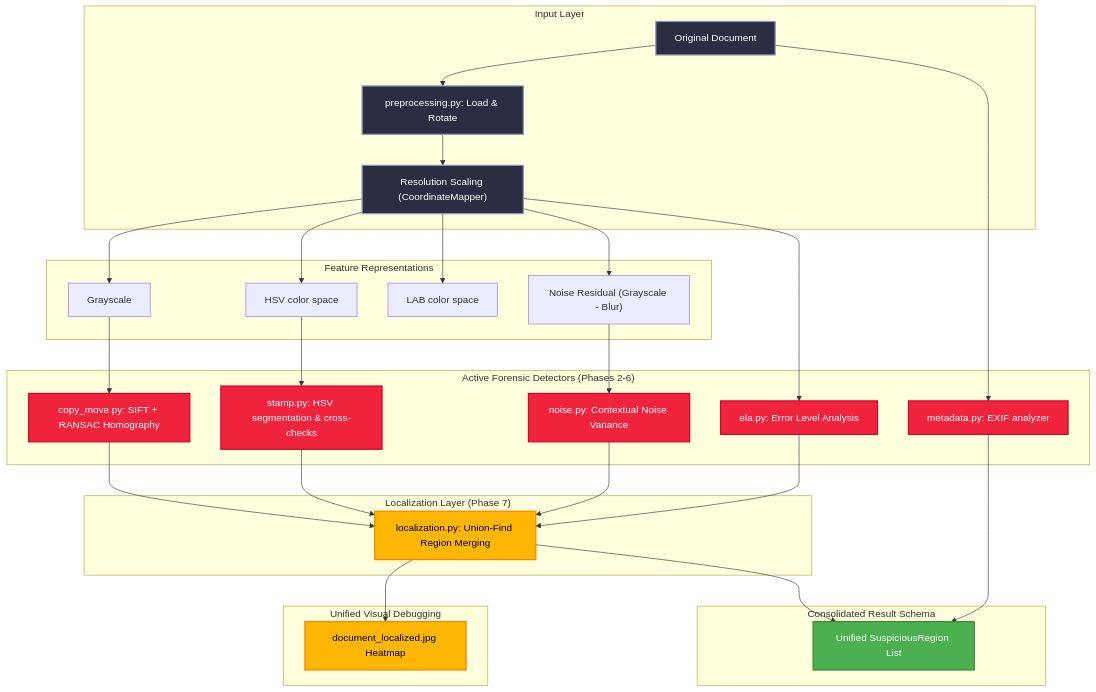
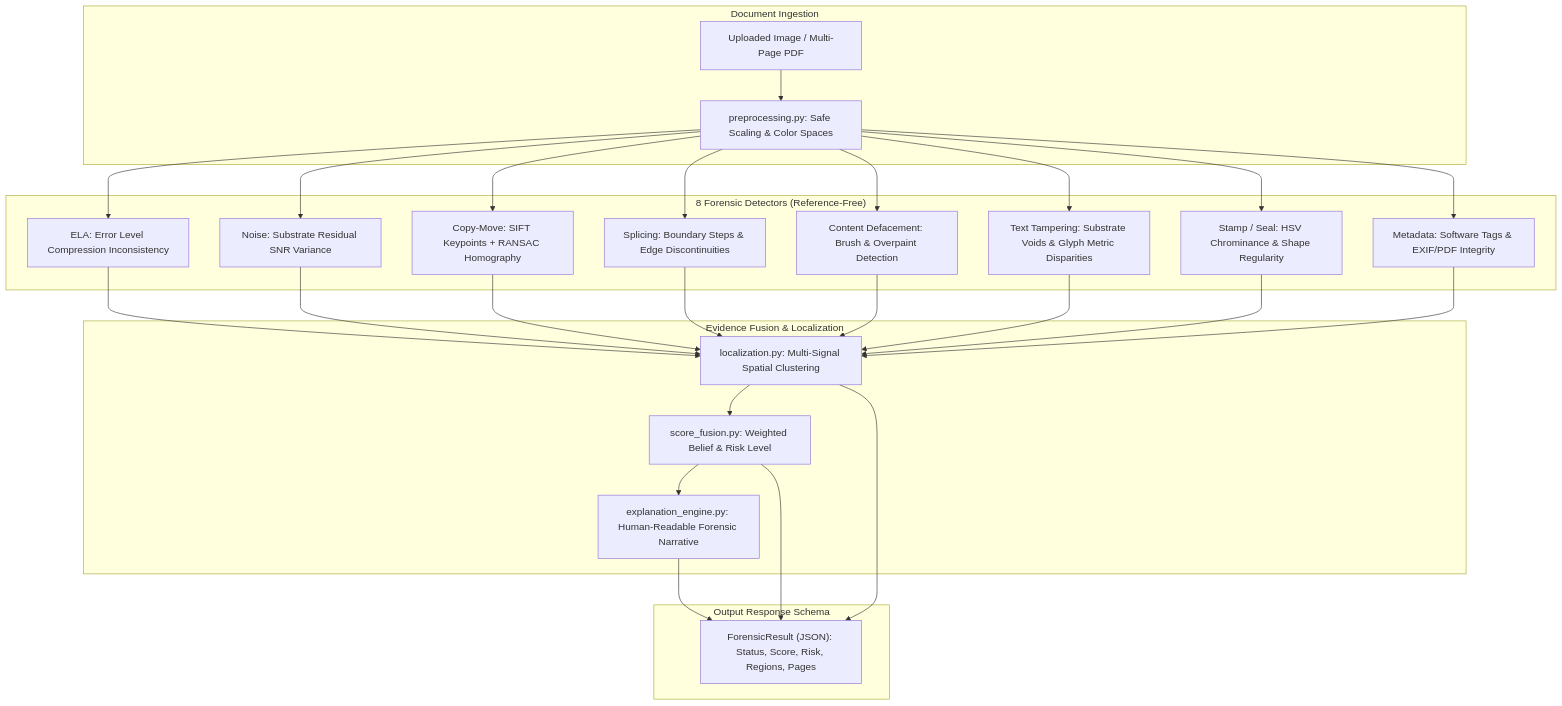
The diagram in README.md (DhruvilTech/DocShield-AI), drawn with Mermaid before and after one commit. The commit also changed other lines of this file and 9 other files, not shown here.

Commit message:
refactor: transition to FastAPI microservices with unified local storage and improved forensic detection pipeline

````diff
--- a/README.md
+++ b/README.md
@@ -62,48 +74,27 @@
 ```mermaid
 graph TD
-    subgraph Inputs["Input Layer"]
-        orig["Original Document"] --> load["preprocessing.py: Load & Rotate"]
-        load --> scaling["Resolution Scaling (CoordinateMapper)"]
+    subgraph Inputs["Document Ingestion"]
+        orig["Uploaded Image / Multi-Page PDF"] --> prep["preprocessing.py: Safe Scaling & Color Spaces"]
     end
     
-    subgraph Representations["Feature Representations"]
-        scaling --> gray["Grayscale"]
-        scaling --> hsv["HSV color space"]
-        scaling --> lab["LAB color space"]
-        scaling --> noise_res["Noise Residual (Grayscale - Blur)"]
+    subgraph Detectors["8 Forensic Detectors (Reference-Free)"]
+        prep --> ela["ELA: Error Level Compression Inconsistency"]
+        prep --> noise["Noise: Substrate Residual SNR Variance"]
+        prep --> cm["Copy-Move: SIFT Keypoints + RANSAC Homography"]
+        prep --> splice["Splicing: Boundary Steps & Edge Discontinuities"]
+        prep --> deface["Content Defacement: Brush & Overpaint Detection"]
+        prep --> text["Text Tampering: Substrate Voids & Glyph Metric Disparities"]
+        prep --> stamp["Stamp / Seal: HSV Chrominance & Shape Regularity"]
+        prep --> meta["Metadata: Software Tags & EXIF/PDF Integrity"]
     end
     
-    subgraph Engines["Active Forensic Detectors (Phases 2-6)"]
-        scaling --> ela["ela.py: Error Level Analysis"]
-        noise_res --> noise["noise.py: Contextual Noise Variance"]
-        gray --> cm["copy_move.py: SIFT + RANSAC Homography"]
-        hsv --> stamp["stamp.py: HSV segmentation & cross-checks"]
-        orig --> meta["metadata.py: EXIF analyzer"]
+    subgraph Fusion["Evidence Fusion & Localization"]
+        ela & noise & cm & splice & deface & text & stamp & meta --> loc["localization.py: Multi-Signal Spatial Clustering"]
+        loc --> score["score_fusion.py: Weighted Belief & Risk Level"]
+        score --> exp["explanation_engine.py: Human-Readable Forensic Narrative"]
     end
     
-    subgraph Phase7["Localization Layer (Phase 7)"]
-        ela --> loc["localization.py: Union-Find Region Merging"]
-        noise --> loc
-        cm --> loc
-        stamp --> loc
+    subgraph Output["Output Response Schema"]
+        score & loc & exp --> json["ForensicResult (JSON): Status, Score, Risk, Regions, Pages"]
     end
-    
-    subgraph Debug["Unified Visual Debugging"]
-        loc --> save["document_localized.jpg Heatmap"]
-    end
-    
-    subgraph Output["Consolidated Result Schema"]
-        loc --> res["Unified SuspiciousRegion List"]
-        meta --> res
-    end
-    
-    classDef input fill:#2b2d42,stroke:#8d99ae,stroke-width:2px,color:#fff;
-    classDef engine fill:#ef233c,stroke:#d90429,stroke-width:2px,color:#fff;
-    classDef loc fill:#ffb703,stroke:#fb8500,stroke-width:2px,color:#000;
-    classDef output fill:#4caf50,stroke:#388e3c,stroke-width:2px,color:#fff;
-    
-    class orig,load,scaling input;
-    class ela,noise,cm,stamp,meta engine;
-    class loc,save loc;
-    class res output;
 ```
````
